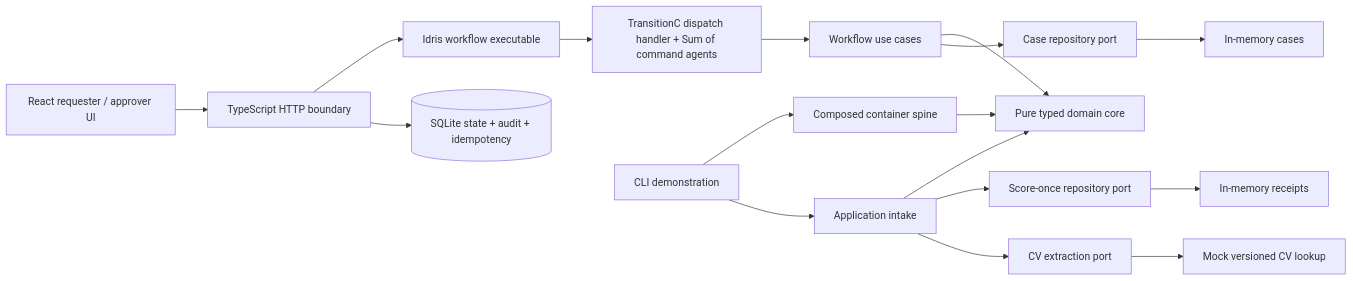
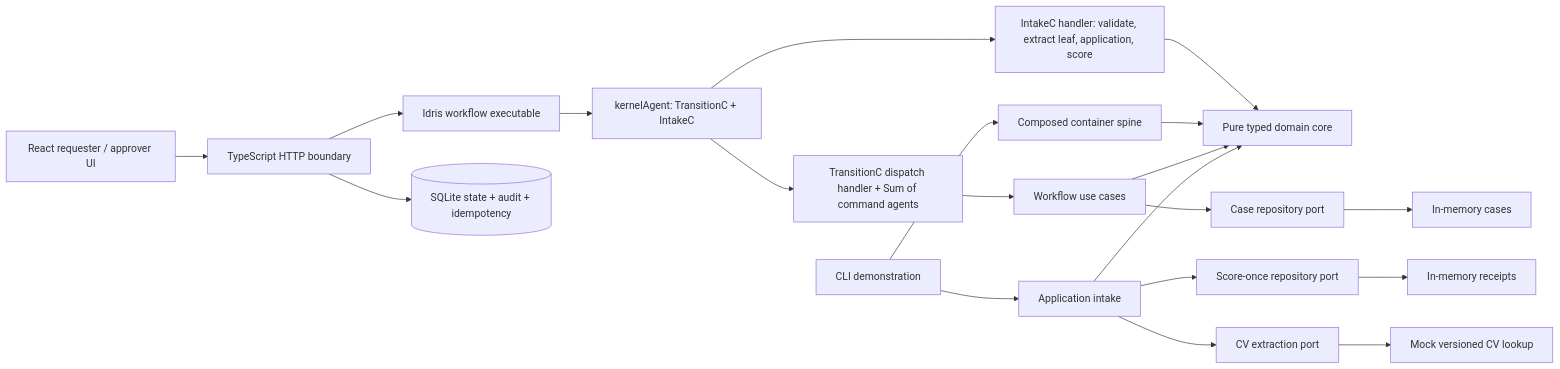
Before and after one commit to robertiannuzzo/agentic-kodamai: the diagram in docs/architecture.md, drawn with Mermaid. The commit also changed other lines of this file and 30 other files, not shown here.

````diff
--- a/docs/architecture.md
+++ b/docs/architecture.md
@@ -9,19 +9,22 @@
 ```mermaid
 flowchart LR
   Web[React requester / approver UI] --> API[TypeScript HTTP boundary]
   API --> Worker[Idris workflow executable]
-  Worker --> Transition[TransitionC dispatch handler + Sum of command agents]
+  Worker --> Kernel[kernelAgent: TransitionC + IntakeC]
+  Kernel --> Transition[TransitionC dispatch handler + Sum of command agents]
+  Kernel --> IntakeChain[IntakeC handler: validate, extract leaf, application, score]
   Transition --> Workflow[Workflow use cases]
+  IntakeChain --> Core
   API --> SQLite[(SQLite state + audit + idempotency)]
   CLI[CLI demonstration] --> Spine[Composed container spine]
   Spine --> Core[Pure typed domain core]
   CLI --> Intake[Application intake]
   Workflow --> Core
   Intake --> Core
   Workflow --> Cases[Case repository port]
   Intake --> Scores[Score-once repository port]
   Intake --> Extractor[CV extraction port]
   Cases --> CaseMemory[In-memory cases]
   Scores --> Memory[In-memory receipts]
   Extractor --> Mock[Mock versioned CV lookup]
 ```
````
